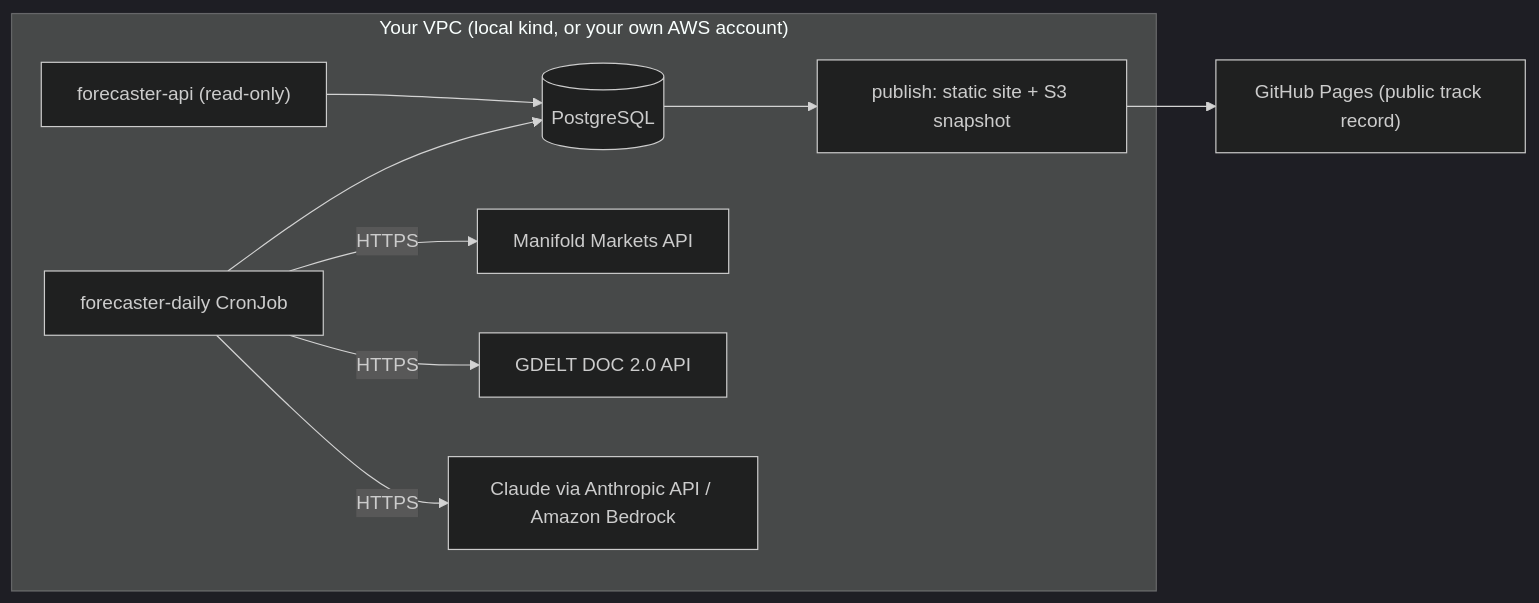
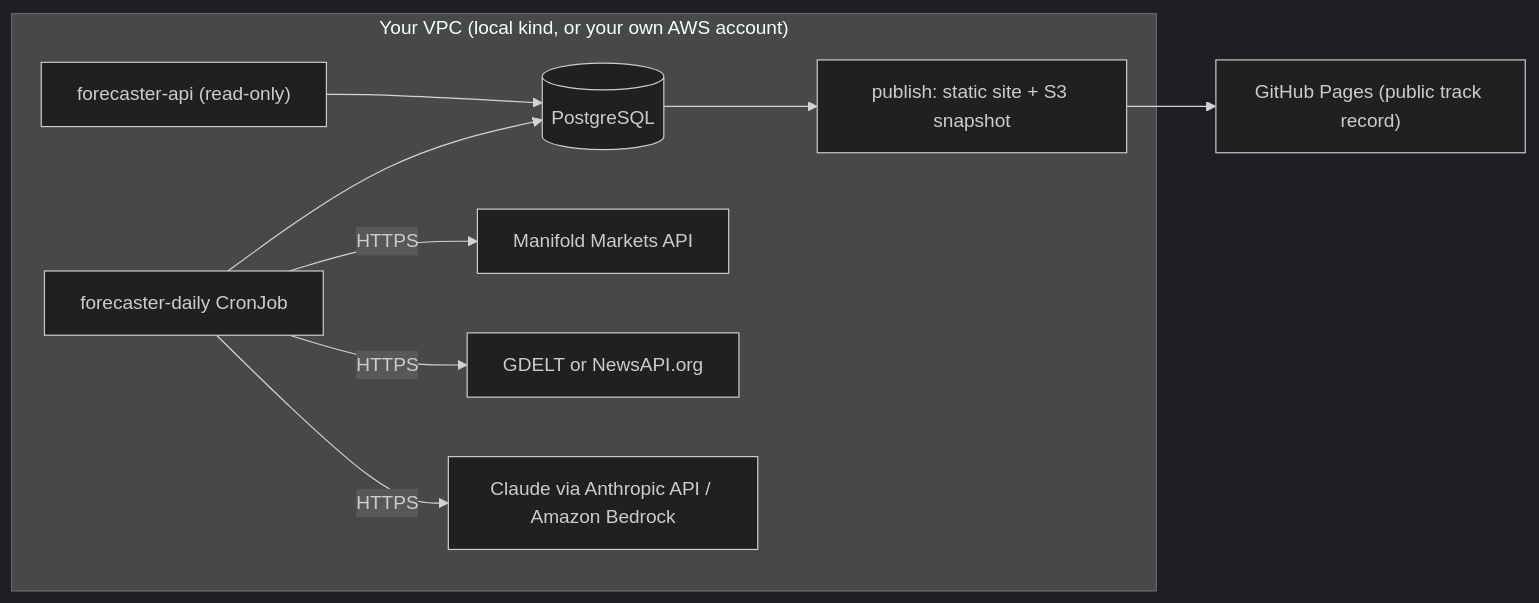
Before and after one commit to 9jaboii/llm-forecast-pipeline: the diagram in README.md, drawn with Mermaid (dark theme). The commit also changed other lines of this file and 11 other files, not shown here.

First line of the commit message:
Add NewsAPI.org as a swappable news provider alongside GDELT

````diff
--- a/README.md
+++ b/README.md
@@ -38,12 +38,12 @@
 ```mermaid
 flowchart LR
     subgraph "Your VPC (local kind, or your own AWS account)"
         CronJob["forecaster-daily CronJob"] --> DB[(PostgreSQL)]
         API["forecaster-api (read-only)"] --> DB
         CronJob -->|HTTPS| Manifold["Manifold Markets API"]
-        CronJob -->|HTTPS| GDELT["GDELT DOC 2.0 API"]
+        CronJob -->|HTTPS| GDELT["GDELT or NewsAPI.org"]
         CronJob -->|HTTPS| LLM["Claude via Anthropic API / Amazon Bedrock"]
         DB --> Publish["publish: static site + S3 snapshot"]
     end
     Publish --> Pages["GitHub Pages (public track record)"]
 ```
````
